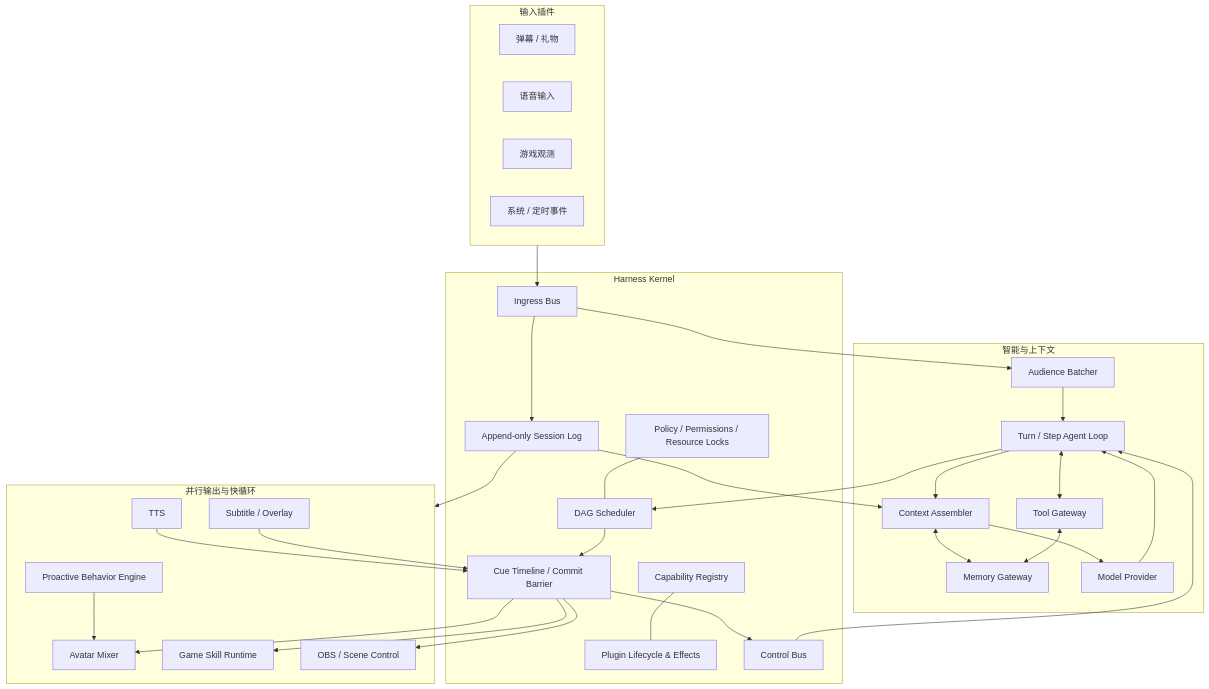
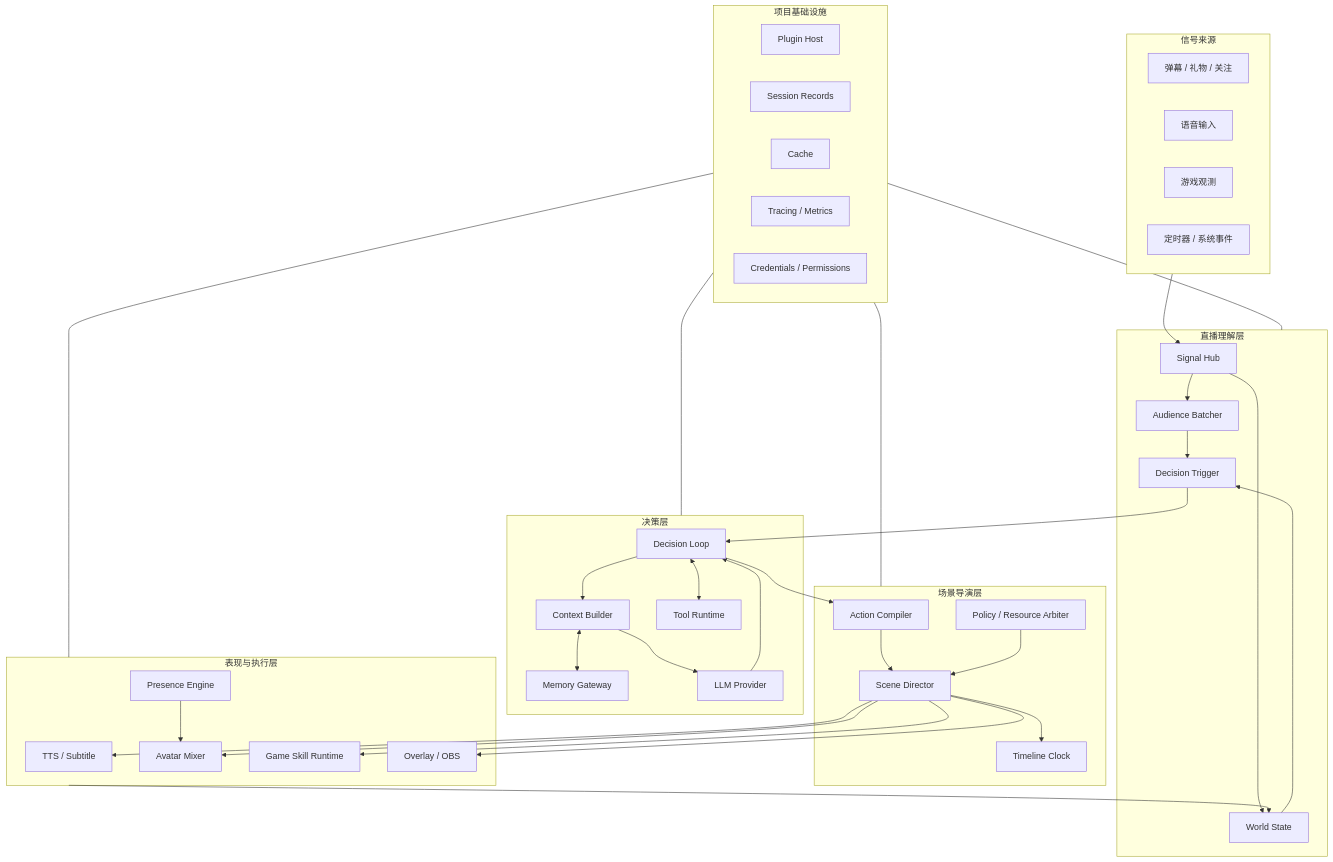
One commit to leafliber/bellis changed the first of 2 diagrams in docs/architecture-plan.md. Above: the diagram before and after it, drawn with Mermaid. The commit also changed other lines of this file, not shown here.

Commit message:
docs: rewrite architecture as standalone live product

````diff
--- a/docs/architecture-plan.md
+++ b/docs/architecture-plan.md
@@ -59,63 +88,73 @@
 ```mermaid
 flowchart TB
-    subgraph Inputs["输入插件"]
-        Chat["弹幕 / 礼物"]
+    subgraph SignalSources["信号来源"]
+        Platform["弹幕 / 礼物 / 关注"]
         Voice["语音输入"]
-        GameObs["游戏观测"]
-        System["系统 / 定时事件"]
+        GameSensor["游戏观测"]
+        Timer["定时器 / 系统事件"]
     end
 
-    subgraph Kernel["Harness Kernel"]
-        Registry["Capability Registry"]
-        Lifecycle["Plugin Lifecycle & Effects"]
-        Ingress["Ingress Bus"]
-        Log["Append-only Session Log"]
-        Control["Control Bus"]
-        Scheduler["DAG Scheduler"]
-        Timeline["Cue Timeline / Commit Barrier"]
-        Policy["Policy / Permissions / Resource Locks"]
+    subgraph Understanding["直播理解层"]
+        SignalHub["Signal Hub"]
+        Audience["Audience Batcher"]
+        World["World State"]
+        Trigger["Decision Trigger"]
     end
 
-    subgraph Intelligence["智能与上下文"]
-        Batch["Audience Batcher"]
-        Loop["Turn / Step Agent Loop"]
-        Context["Context Assembler"]
+    subgraph Decision["决策层"]
+        Loop["Decision Loop"]
+        Context["Context Builder"]
         Memory["Memory Gateway"]
-        Tools["Tool Gateway"]
-        Model["Model Provider"]
+        ToolRuntime["Tool Runtime"]
+        Model["LLM Provider"]
     end
 
-    subgraph Outputs["并行输出与快循环"]
-        TTS["TTS"]
-        Subtitle["Subtitle / Overlay"]
-        Avatar["Avatar Mixer"]
-        Behavior["Proactive Behavior Engine"]
-        Game["Game Skill Runtime"]
-        OBS["OBS / Scene Control"]
+    subgraph Direction["场景导演层"]
+        Compiler["Action Compiler"]
+        Director["Scene Director"]
+        Clock["Timeline Clock"]
+        Policy["Policy / Resource Arbiter"]
     end
 
-    Inputs --> Ingress
-    Ingress --> Batch
-    Ingress --> Log
-    Batch --> Loop
-    Log --> Context
+    subgraph Performance["表现与执行层"]
+        VoiceRuntime["TTS / Subtitle"]
+        Avatar["Avatar Mixer"]
+        Presence["Presence Engine"]
+        GameRuntime["Game Skill Runtime"]
+        Overlay["Overlay / OBS"]
+    end
+
+    subgraph Foundation["项目基础设施"]
+        Plugins["Plugin Host"]
+        Records["Session Records"]
+        Cache["Cache"]
+        Telemetry["Tracing / Metrics"]
+        Credentials["Credentials / Permissions"]
+    end
+
+    SignalSources --> SignalHub
+    SignalHub --> Audience
+    SignalHub --> World
+    Audience --> Trigger
+    World --> Trigger
+    Trigger --> Loop
     Loop --> Context
     Context <--> Memory
     Context --> Model
     Model --> Loop
-    Loop <--> Tools
-    Tools <--> Memory
-    Loop --> Scheduler
-    Scheduler --> Timeline
-    TTS --> Timeline
-    Subtitle --> Timeline
-    Behavior --> Avatar
-    Timeline --> Avatar
-    Timeline --> Game
-    Timeline --> OBS
-    Timeline --> Control
-    Control --> Loop
-    Registry --- Lifecycle
-    Policy --- Scheduler
-    Log --> Outputs
+    Loop <--> ToolRuntime
+    Loop --> Compiler
+    Compiler --> Director
+    Director --> Clock
+    Policy --> Director
+    Director --> VoiceRuntime
+    Director --> Avatar
+    Director --> GameRuntime
+    Director --> Overlay
+    Presence --> Avatar
+    Performance --> World
+    Foundation --- Understanding
+    Foundation --- Decision
+    Foundation --- Direction
+    Foundation --- Performance
 ```
````
